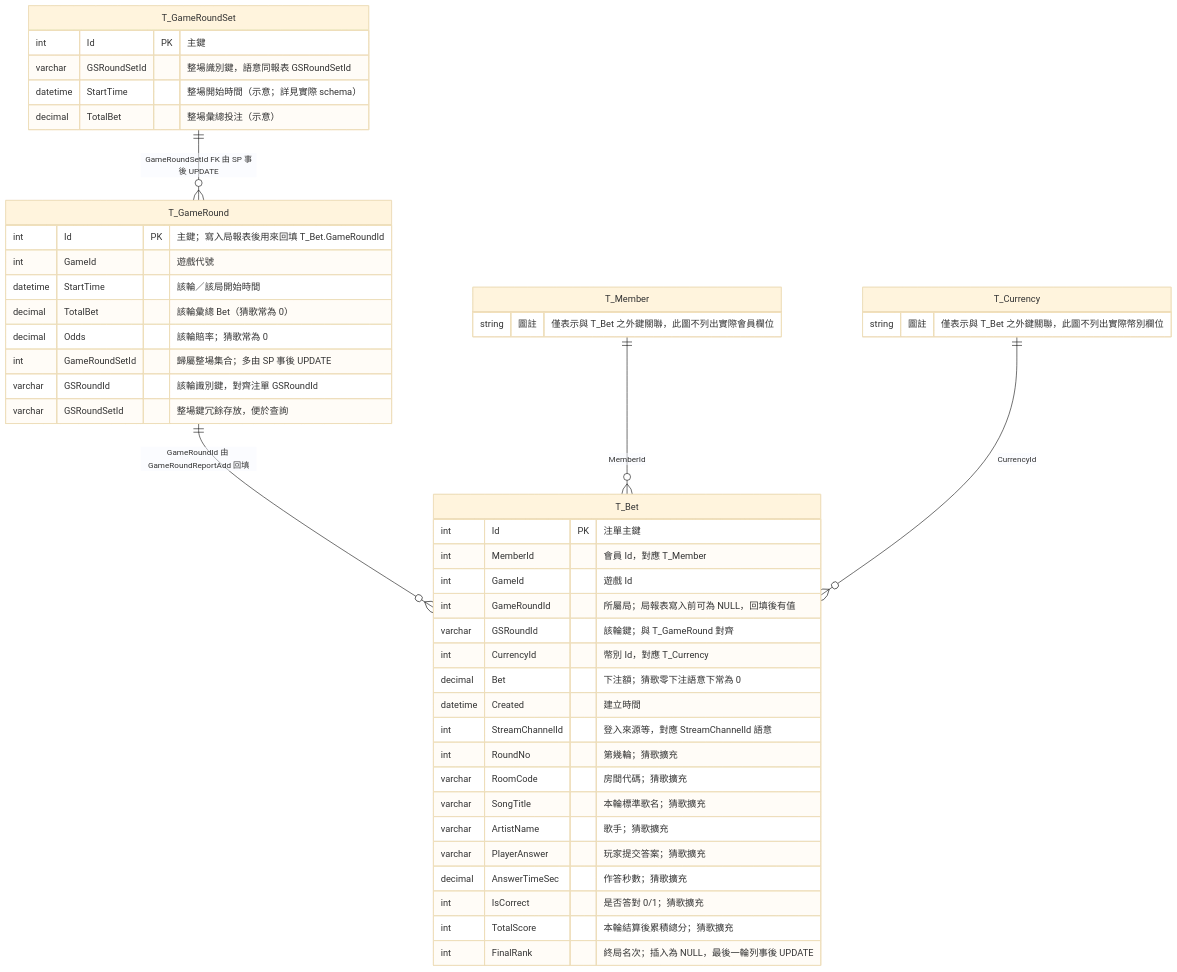
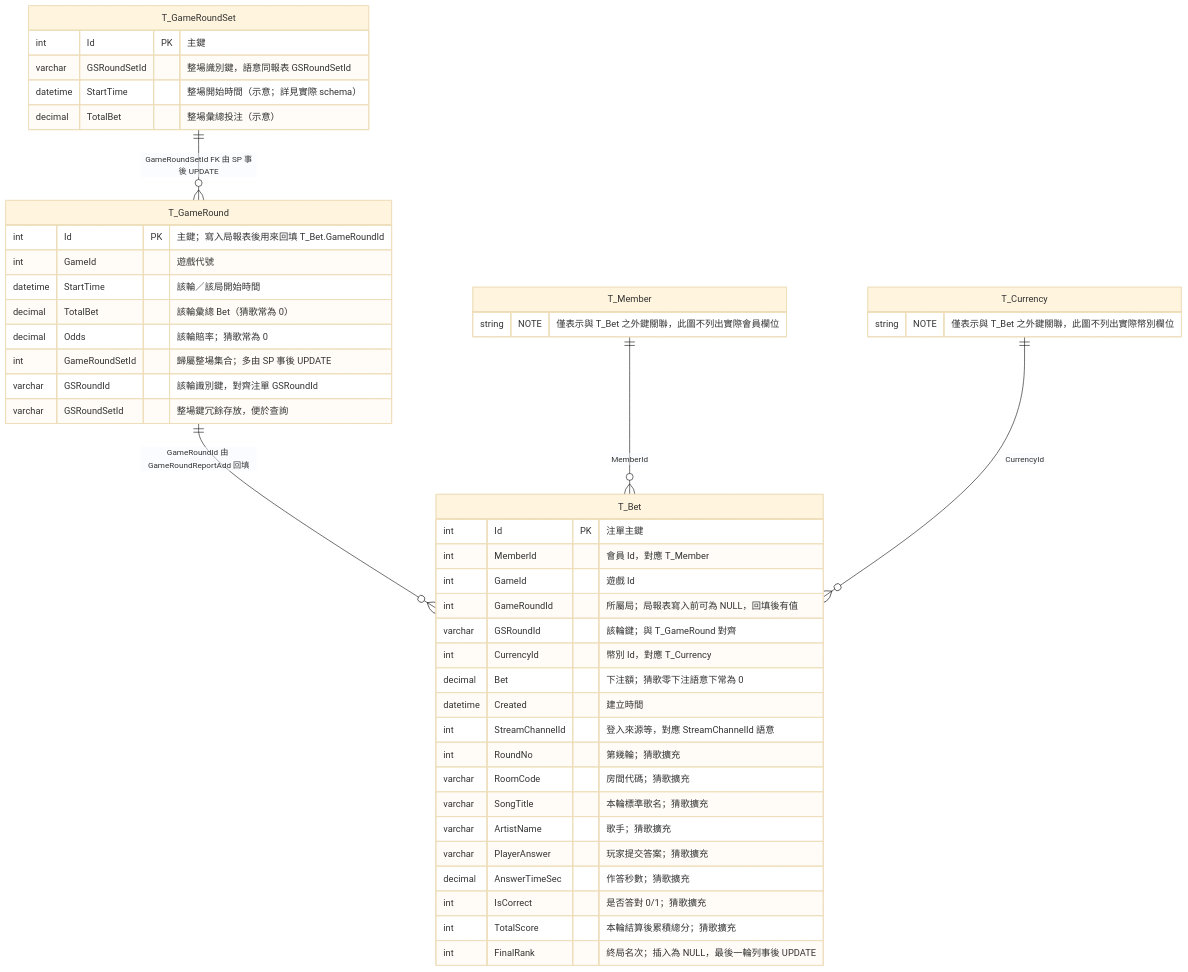
One commit to gureaisu/gureaisu.github.io changed the diagram in _posts/2026-03-25-guesssong-dbreport-change-note.md. Above: the diagram before and after it, drawn with Mermaid (base theme). The commit also changed other lines of this file, not shown here.

````diff
--- a/_posts/2026-03-25-guesssong-dbreport-change-note.md
+++ b/_posts/2026-03-25-guesssong-dbreport-change-note.md
@@ -46,55 +48,54 @@
 ```mermaid
 erDiagram
-  %% 整場集合 → 單局彙總 → 每人注單。欄位尾端雙引號內為 Mermaid 官方「註解」語法，等同多一欄說明（非額外 DB 欄位名）
   T_GameRoundSet ||--o{ T_GameRound : "GameRoundSetId FK 由 SP 事後 UPDATE"
   T_GameRound ||--o{ T_Bet : "GameRoundId 由 GameRoundReportAdd 回填"
   T_Member ||--o{ T_Bet : MemberId
   T_Currency ||--o{ T_Bet : CurrencyId
 
   T_GameRoundSet {
     int Id PK "主鍵"
     varchar GSRoundSetId "整場識別鍵，語意同報表 GSRoundSetId"
     datetime StartTime "整場開始時間（示意；詳見實際 schema）"
     decimal TotalBet "整場彙總投注（示意）"
   }
 
   T_GameRound {
     int Id PK "主鍵；寫入局報表後用來回填 T_Bet.GameRoundId"
     int GameId "遊戲代號"
     datetime StartTime "該輪／該局開始時間"
     decimal TotalBet "該輪彙總 Bet（猜歌常為 0）"
     decimal Odds "該輪賠率；猜歌常為 0"
     int GameRoundSetId "歸屬整場集合；多由 SP 事後 UPDATE"
     varchar GSRoundId "該輪識別鍵，對齊注單 GSRoundId"
     varchar GSRoundSetId "整場鍵冗餘存放，便於查詢"
   }
 
   T_Bet {
     int Id PK "注單主鍵"
     int MemberId "會員 Id，對應 T_Member"
     int GameId "遊戲 Id"
     int GameRoundId "所屬局；局報表寫入前可為 NULL，回填後有值"
     varchar GSRoundId "該輪鍵；與 T_GameRound 對齊"
     int CurrencyId "幣別 Id，對應 T_Currency"
     decimal Bet "下注額；猜歌零下注語意下常為 0"
     datetime Created "建立時間"
     int StreamChannelId "登入來源等，對應 StreamChannelId 語意"
     int RoundNo "第幾輪；猜歌擴充"
     varchar RoomCode "房間代碼；猜歌擴充"
     varchar SongTitle "本輪標準歌名；猜歌擴充"
     varchar ArtistName "歌手；猜歌擴充"
     varchar PlayerAnswer "玩家提交答案；猜歌擴充"
     decimal AnswerTimeSec "作答秒數；猜歌擴充"
     int IsCorrect "是否答對 0/1；猜歌擴充"
     int TotalScore "本輪結算後累積總分；猜歌擴充"
     int FinalRank "終局名次；插入為 NULL，最後一輪列事後 UPDATE"
   }
 
   T_Member {
-    string 圖註 "僅表示與 T_Bet 之外鍵關聯，此圖不列出實際會員欄位"
+    string NOTE "僅表示與 T_Bet 之外鍵關聯，此圖不列出實際會員欄位"
   }
 
   T_Currency {
-    string 圖註 "僅表示與 T_Bet 之外鍵關聯，此圖不列出實際幣別欄位"
+    string NOTE "僅表示與 T_Bet 之外鍵關聯，此圖不列出實際幣別欄位"
   }
 ```
````
